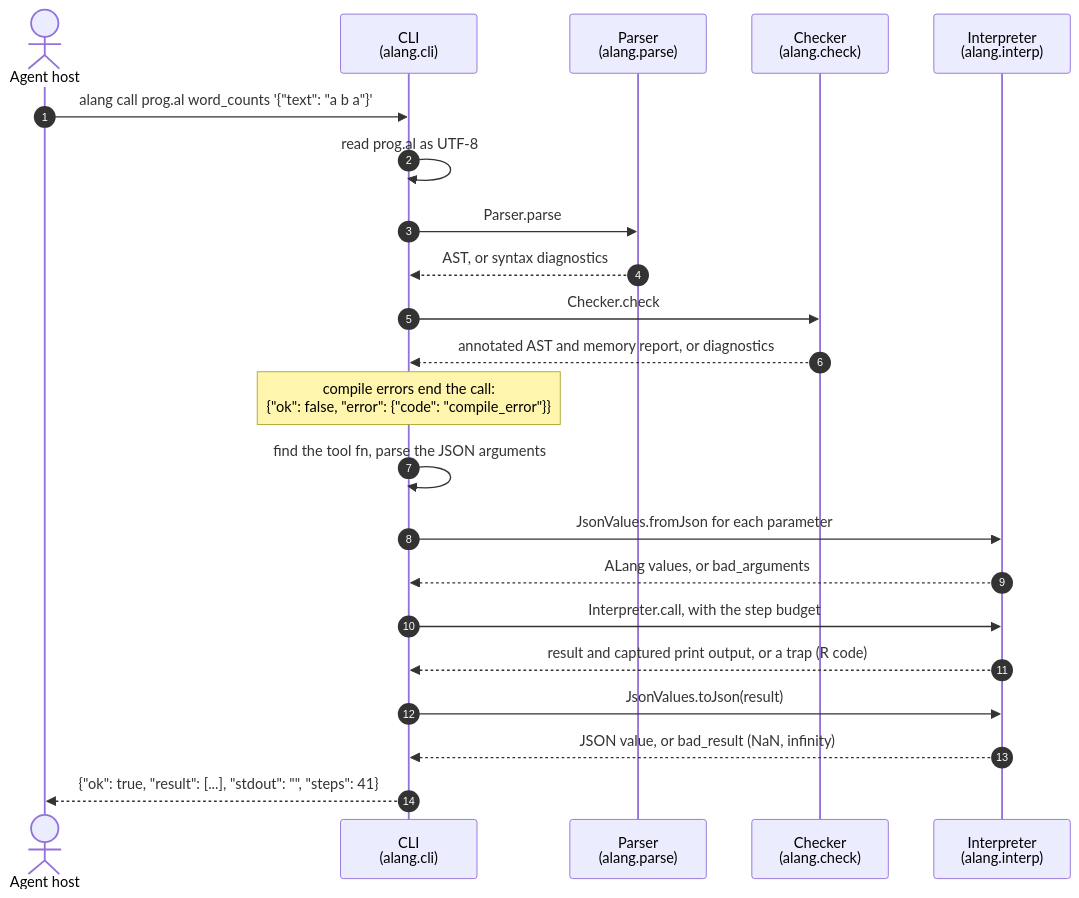
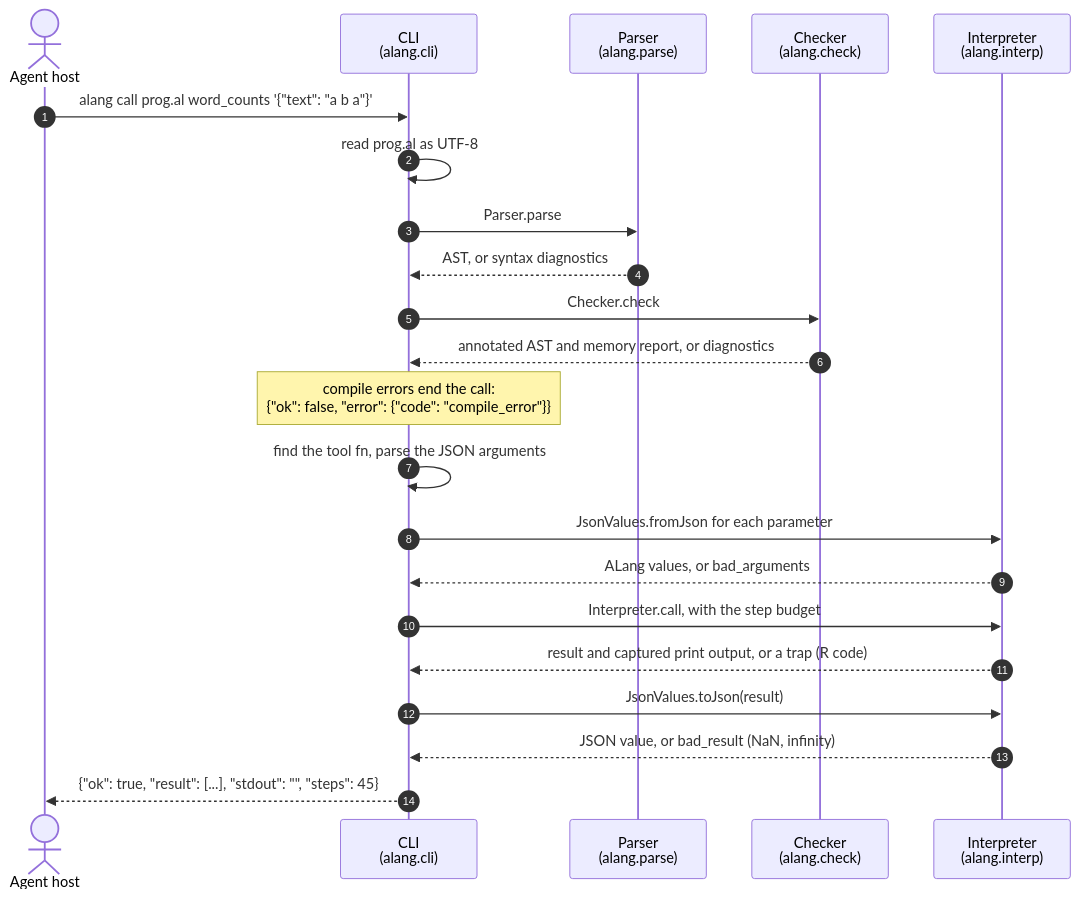
The fourth of 4 diagrams in docs/ARCHITECTURE.md (adamw7/alang), drawn with Mermaid before and after one commit. The commit also changed other lines of this file and 27 other files, not shown here.

````diff
--- a/docs/ARCHITECTURE.md
+++ b/docs/ARCHITECTURE.md
@@ -153,25 +155,25 @@
 ```mermaid
 sequenceDiagram
     autonumber
     actor Host as Agent host
     participant CLI as CLI<br/>(alang.cli)
     participant Parse as Parser<br/>(alang.parse)
     participant Check as Checker<br/>(alang.check)
     participant Interp as Interpreter<br/>(alang.interp)
 
     Host->>CLI: alang call prog.al word_counts '{"text": "a b a"}'
     CLI->>CLI: read prog.al as UTF-8
     CLI->>Parse: Parser.parse
     Parse-->>CLI: AST, or syntax diagnostics
     CLI->>Check: Checker.check
     Check-->>CLI: annotated AST and memory report, or diagnostics
     Note over CLI: compile errors end the call:<br/>{"ok": false, "error": {"code": "compile_error"}}
     CLI->>CLI: find the tool fn, parse the JSON arguments
     CLI->>Interp: JsonValues.fromJson for each parameter
     Interp-->>CLI: ALang values, or bad_arguments
     CLI->>Interp: Interpreter.call, with the step budget
     Interp-->>CLI: result and captured print output, or a trap (R code)
     CLI->>Interp: JsonValues.toJson(result)
     Interp-->>CLI: JSON value, or bad_result (NaN, infinity)
-    CLI-->>Host: {"ok": true, "result": [...], "stdout": "", "steps": 41}
+    CLI-->>Host: {"ok": true, "result": [...], "stdout": "", "steps": 45}
 ```
````
